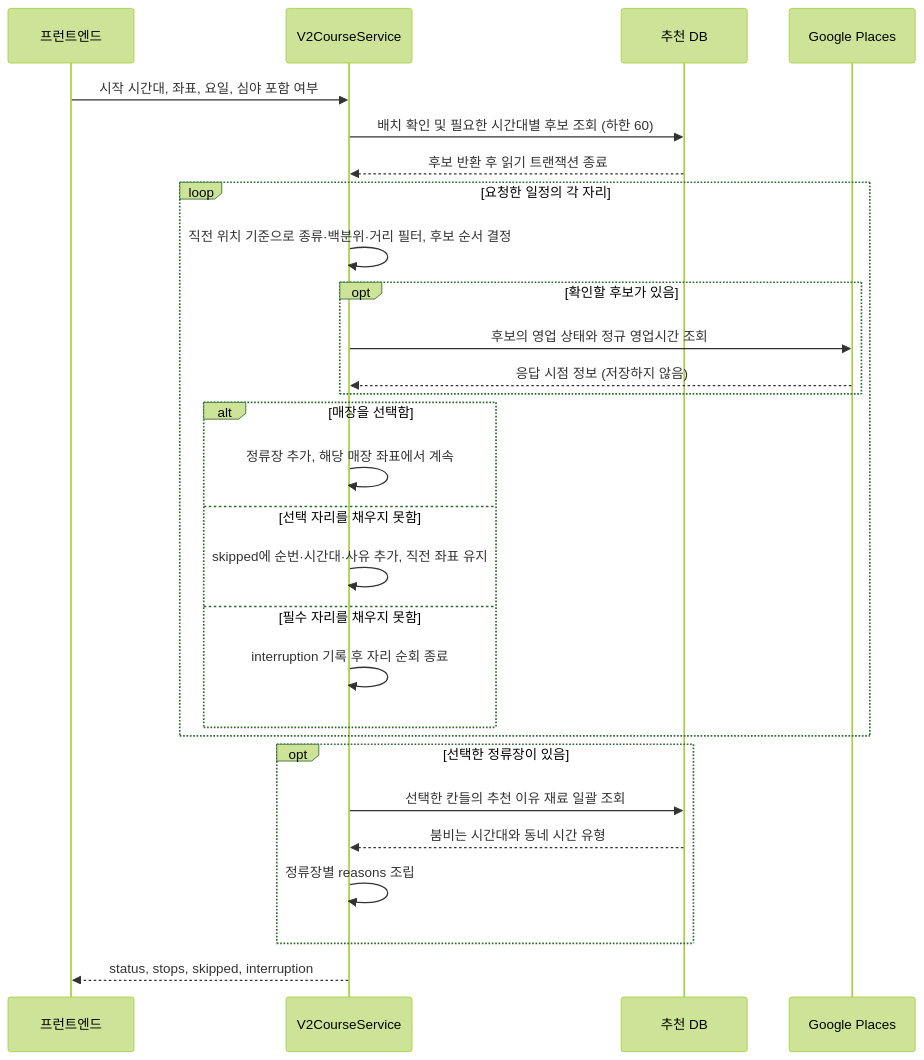
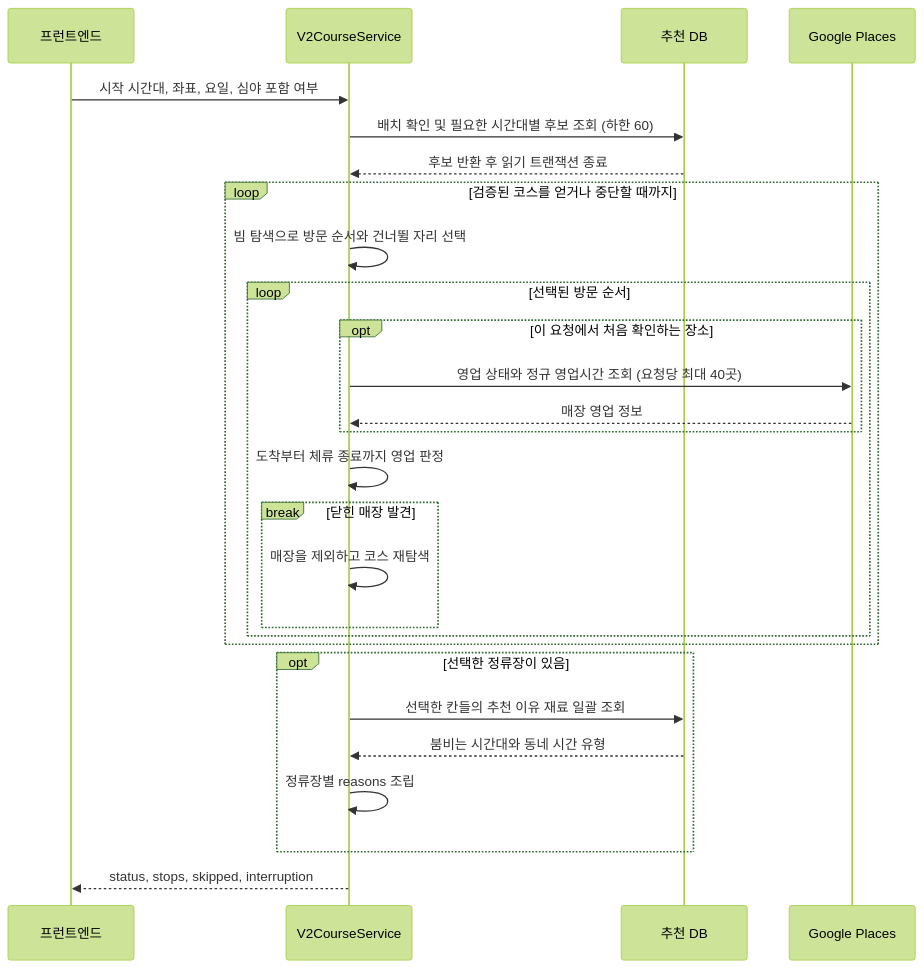
The diagram in docs/recommendation-v2/COURSE.md (SW-odyssey/BE), drawn with Mermaid (forest theme) before and after one commit. The commit also changed other lines of this file and 9 other files, not shown here.

````diff
--- a/docs/recommendation-v2/COURSE.md
+++ b/docs/recommendation-v2/COURSE.md
@@ -74,30 +78,29 @@
 ```mermaid
 sequenceDiagram
     participant FE as 프런트엔드
     participant API as V2CourseService
     participant DB as 추천 DB
     participant G as Google Places
     FE->>API: 시작 시간대, 좌표, 요일, 심야 포함 여부
     API->>DB: 배치 확인 및 필요한 시간대별 후보 조회 (하한 60)
     DB-->>API: 후보 반환 후 읽기 트랜잭션 종료
-    loop 요청한 일정의 각 자리
-        API->>API: 직전 위치 기준으로 종류·백분위·거리 필터, 후보 순서 결정
-        opt 확인할 후보가 있음
-            API->>G: 후보의 영업 상태와 정규 영업시간 조회
-            G-->>API: 응답 시점 정보 (저장하지 않음)
-        end
-        alt 매장을 선택함
-            API->>API: 정류장 추가, 해당 매장 좌표에서 계속
-        else 선택 자리를 채우지 못함
-            API->>API: skipped에 순번·시간대·사유 추가, 직전 좌표 유지
-        else 필수 자리를 채우지 못함
-            API->>API: interruption 기록 후 자리 순회 종료
+    loop 검증된 코스를 얻거나 중단할 때까지
+        API->>API: 빔 탐색으로 방문 순서와 건너뛸 자리 선택
+        loop 선택된 방문 순서
+            opt 이 요청에서 처음 확인하는 장소
+                API->>G: 영업 상태와 정규 영업시간 조회 (요청당 최대 40곳)
+                G-->>API: 매장 영업 정보
+            end
+            API->>API: 도착부터 체류 종료까지 영업 판정
+            break 닫힌 매장 발견
+                API->>API: 매장을 제외하고 코스 재탐색
+            end
         end
     end
     opt 선택한 정류장이 있음
         API->>DB: 선택한 칸들의 추천 이유 재료 일괄 조회
         DB-->>API: 붐비는 시간대와 동네 시간 유형
         API->>API: 정류장별 reasons 조립
     end
     API-->>FE: status, stops, skipped, interruption
 ```
````
